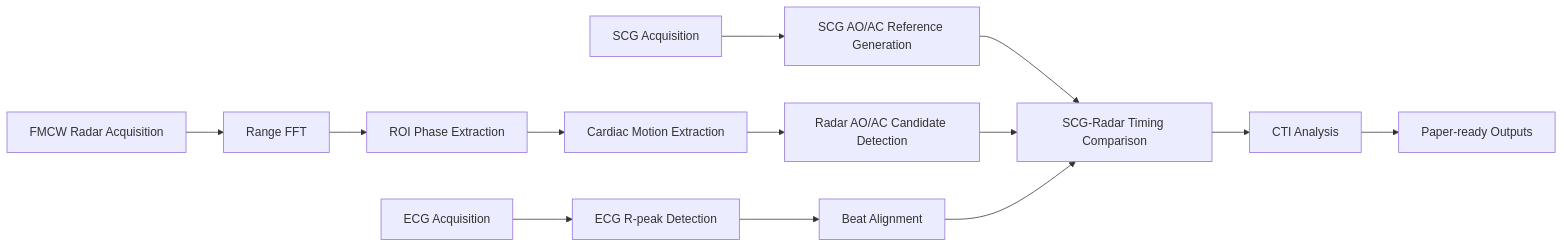
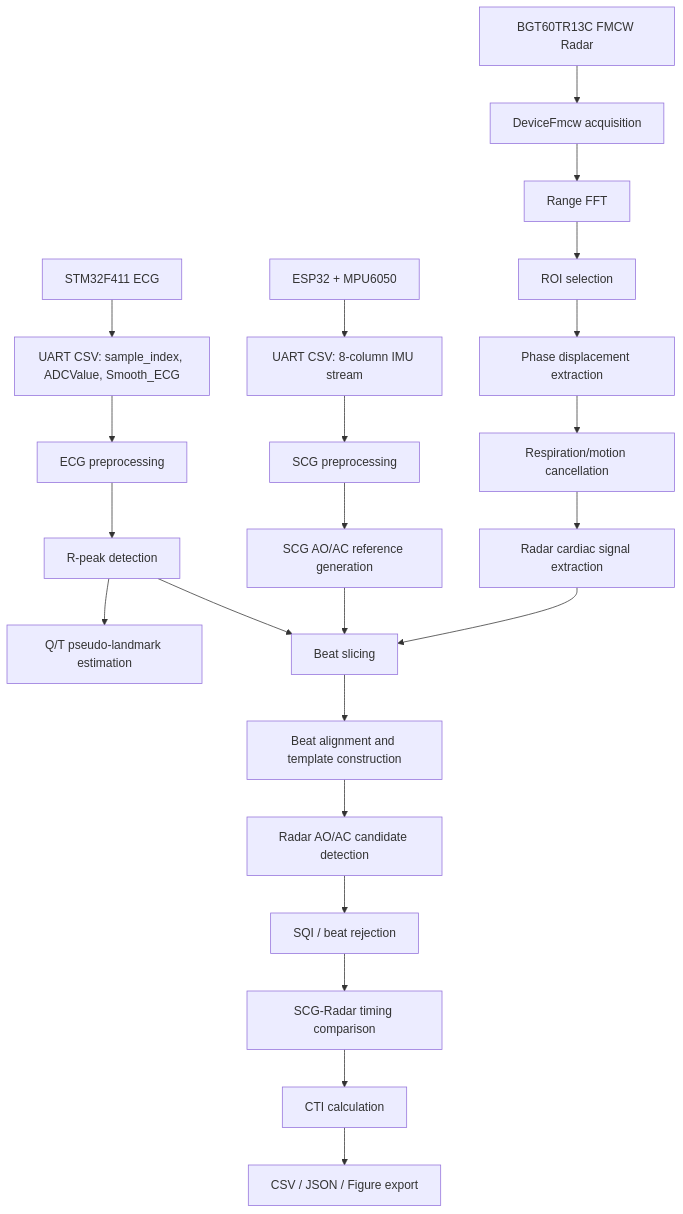
Before and after one commit to Tontonjeong/fmcw-radar-aoac-cardiac-analysis: the first of 2 diagrams in docs/index.md, drawn with Mermaid. The commit also changed other lines of this file and 8 other files, not shown here.

````diff
--- a/docs/index.md
+++ b/docs/index.md
@@ -14,7 +34,28 @@
 ```mermaid
-flowchart LR
-    ECG["ECG Acquisition"] --> R["ECG R-peak Detection"] --> Align["Beat Alignment"]
-    SCG["SCG Acquisition"] --> Ref["SCG AO/AC Reference Generation"] --> Compare["SCG-Radar Timing Comparison"]
-    Radar["FMCW Radar Acquisition"] --> FFT["Range FFT"] --> ROI["ROI Phase Extraction"] --> Motion["Cardiac Motion Extraction"] --> Cand["Radar AO/AC Candidate Detection"] --> Compare
-    Align --> Compare --> CTI["CTI Analysis"] --> Export["Paper-ready Outputs"]
+flowchart TD
+    STM["STM32F411 ECG"] --> ECGCSV["UART CSV: sample_index, ADCValue, Smooth_ECG"]
+    ECGCSV --> ECGPRE["ECG preprocessing"]
+    ECGPRE --> RPEAK["R-peak detection"]
+    RPEAK --> QT["Q/T pseudo-landmark estimation"]
+
+    ESP["ESP32 + MPU6050"] --> SCGCSV["UART CSV: 8-column IMU stream"]
+    SCGCSV --> SCGPRE["SCG preprocessing"]
+    SCGPRE --> SCGREF["SCG AO/AC reference generation"]
+
+    RAD["BGT60TR13C FMCW Radar"] --> DEV["DeviceFmcw acquisition"]
+    DEV --> FFT["Range FFT"]
+    FFT --> ROI["ROI selection"]
+    ROI --> PHASE["Phase displacement extraction"]
+    PHASE --> LMS["Respiration/motion cancellation"]
+    LMS --> RCARD["Radar cardiac signal extraction"]
+
+    RPEAK --> BEAT["Beat slicing"]
+    SCGREF --> BEAT
+    RCARD --> BEAT
+    BEAT --> ALIGN["Beat alignment and template construction"]
+    ALIGN --> DET["Radar AO/AC candidate detection"]
+    DET --> SQI["SQI / beat rejection"]
+    SQI --> COMP["SCG-Radar timing comparison"]
+    COMP --> CTI["CTI calculation"]
+    CTI --> OUT["CSV / JSON / Figure export"]
 ```
````
